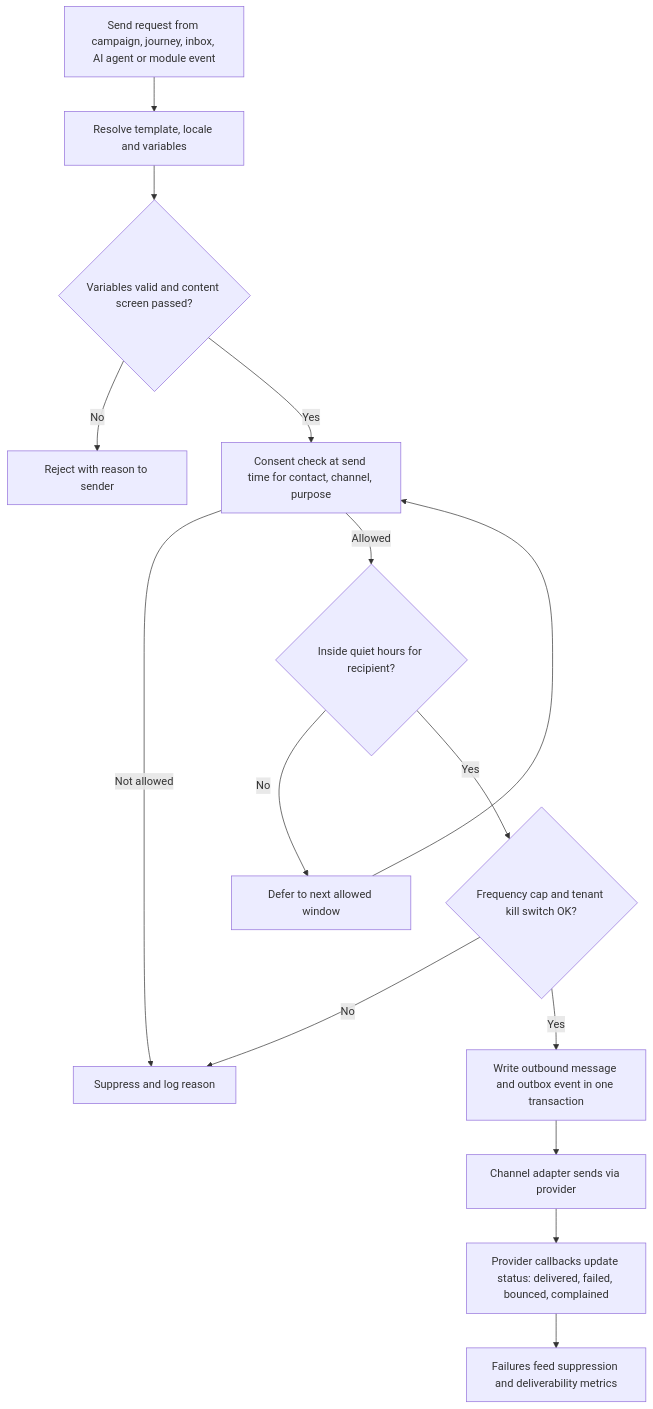
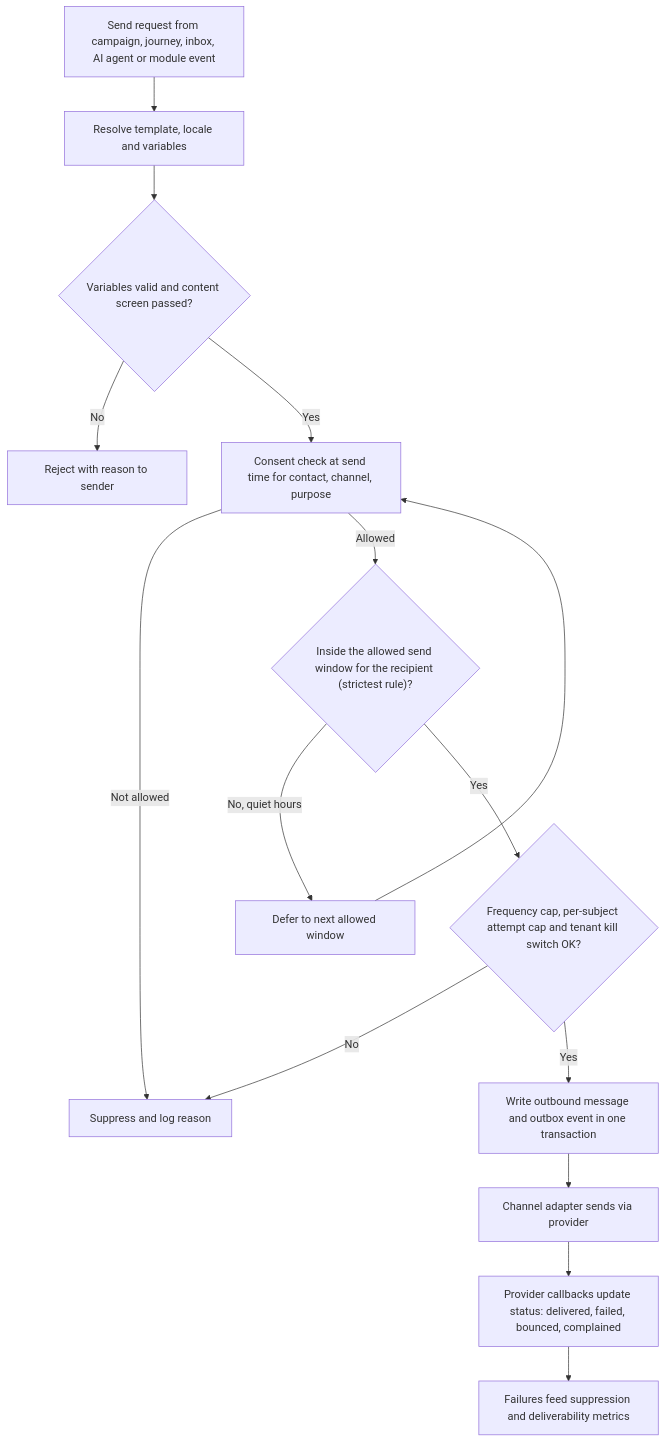
Diagram 11 of 15 in docs/16-marketing-growth-communications.md (jdinard/landscape), drawn with Mermaid before and after one commit. The commit also changed other lines of this file and 13 other files, not shown here.

````diff
--- a/docs/16-marketing-growth-communications.md
+++ b/docs/16-marketing-growth-communications.md
@@ -997,17 +1102,17 @@
 ```mermaid
 flowchart TD
     A["Send request from campaign, journey, inbox, AI agent or module event"] --> B["Resolve template, locale and variables"]
     B --> C{"Variables valid and content screen passed?"}
     C -- No --> Z["Reject with reason to sender"]
     C -- Yes --> D["Consent check at send time for contact, channel, purpose"]
     D -- "Not allowed" --> Y["Suppress and log reason"]
-    D -- Allowed --> E{"Inside quiet hours for recipient?"}
-    E -- No --> Q["Defer to next allowed window"]
-    E -- Yes --> F{"Frequency cap and tenant kill switch OK?"}
+    D -- Allowed --> E{"Inside the allowed send window for the recipient (strictest rule)?"}
+    E -- "No, quiet hours" --> Q["Defer to next allowed window"]
+    E -- Yes --> F{"Frequency cap, per-subject attempt cap and tenant kill switch OK?"}
     F -- No --> Y
     F -- Yes --> G["Write outbound message and outbox event in one transaction"]
     G --> H["Channel adapter sends via provider"]
     H --> I["Provider callbacks update status: delivered, failed, bounced, complained"]
     I --> J["Failures feed suppression and deliverability metrics"]
     Q --> D
 ```
````
